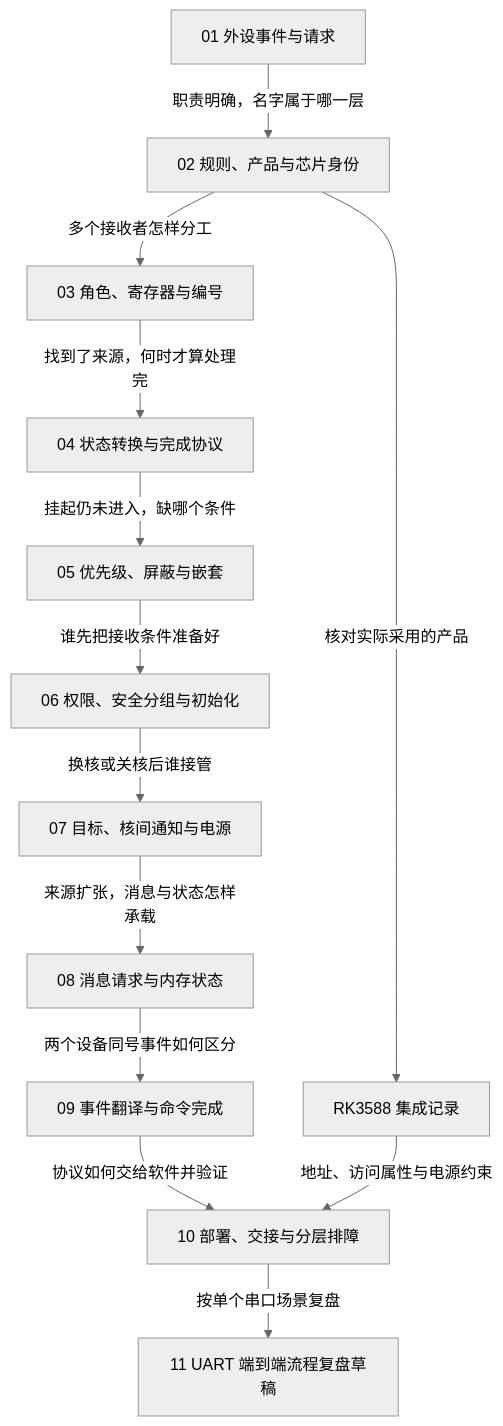
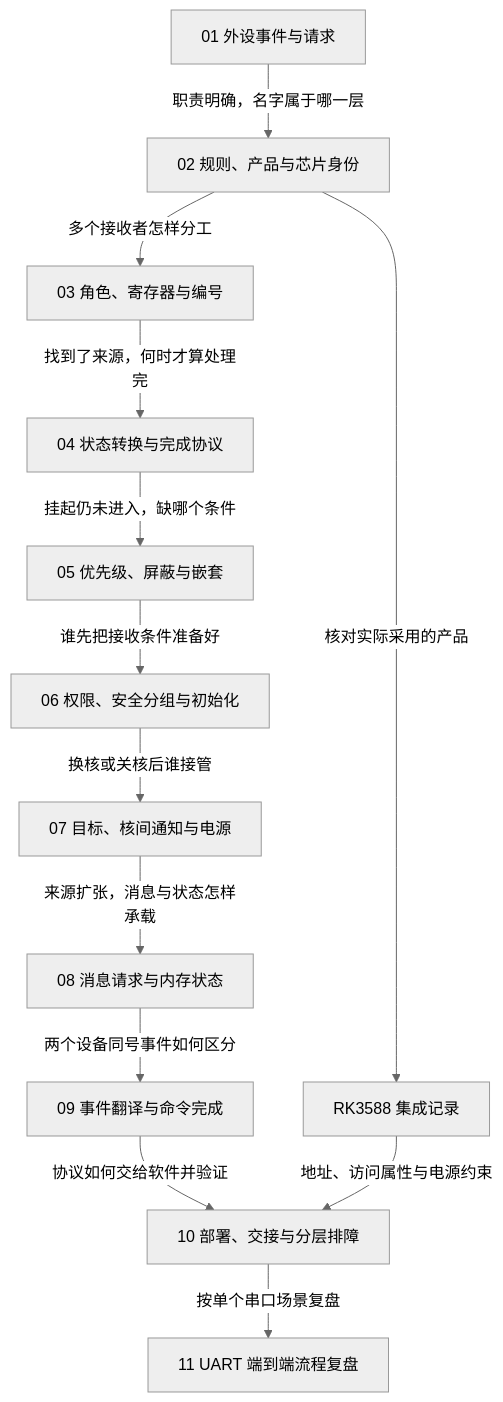
The diagram in platforms/arm/architecture/gic/大纲.md (FormingSystem/linux_note), drawn with Mermaid (neutral theme) before and after one commit. The commit also changed other lines of this file and 36 other files, not shown here.

````diff
--- a/platforms/arm/architecture/gic/大纲.md
+++ b/platforms/arm/architecture/gic/大纲.md
@@ -27,15 +27,15 @@
 ```mermaid
 flowchart TD
     p01["01 外设事件与请求"] -->|"职责明确，名字属于哪一层"| p02["02 规则、产品与芯片身份"]
     p02 -->|"多个接收者怎样分工"| p03["03 角色、寄存器与编号"]
     p03 -->|"找到了来源，何时才算处理完"| p04["04 状态转换与完成协议"]
     p04 -->|"挂起仍未进入，缺哪个条件"| p05["05 优先级、屏蔽与嵌套"]
     p05 -->|"谁先把接收条件准备好"| p06["06 权限、安全分组与初始化"]
     p06 -->|"换核或关核后谁接管"| p07["07 目标、核间通知与电源"]
     p07 -->|"来源扩张，消息与状态怎样承载"| p08["08 消息请求与内存状态"]
     p08 -->|"两个设备同号事件如何区分"| p09["09 事件翻译与命令完成"]
     p09 -->|"协议如何交给软件并验证"| p10["10 部署、交接与分层排障"]
-    p10 -->|"按单个串口场景复盘"| p11["11 UART 端到端流程复盘草稿"]
+    p10 -->|"按单个串口场景复盘"| p11["11 UART 端到端流程复盘"]
     p02 -->|"核对实际采用的产品"| rk["RK3588 集成记录"]
     rk -->|"地址、访问属性与电源约束"| p10
 ```
````
